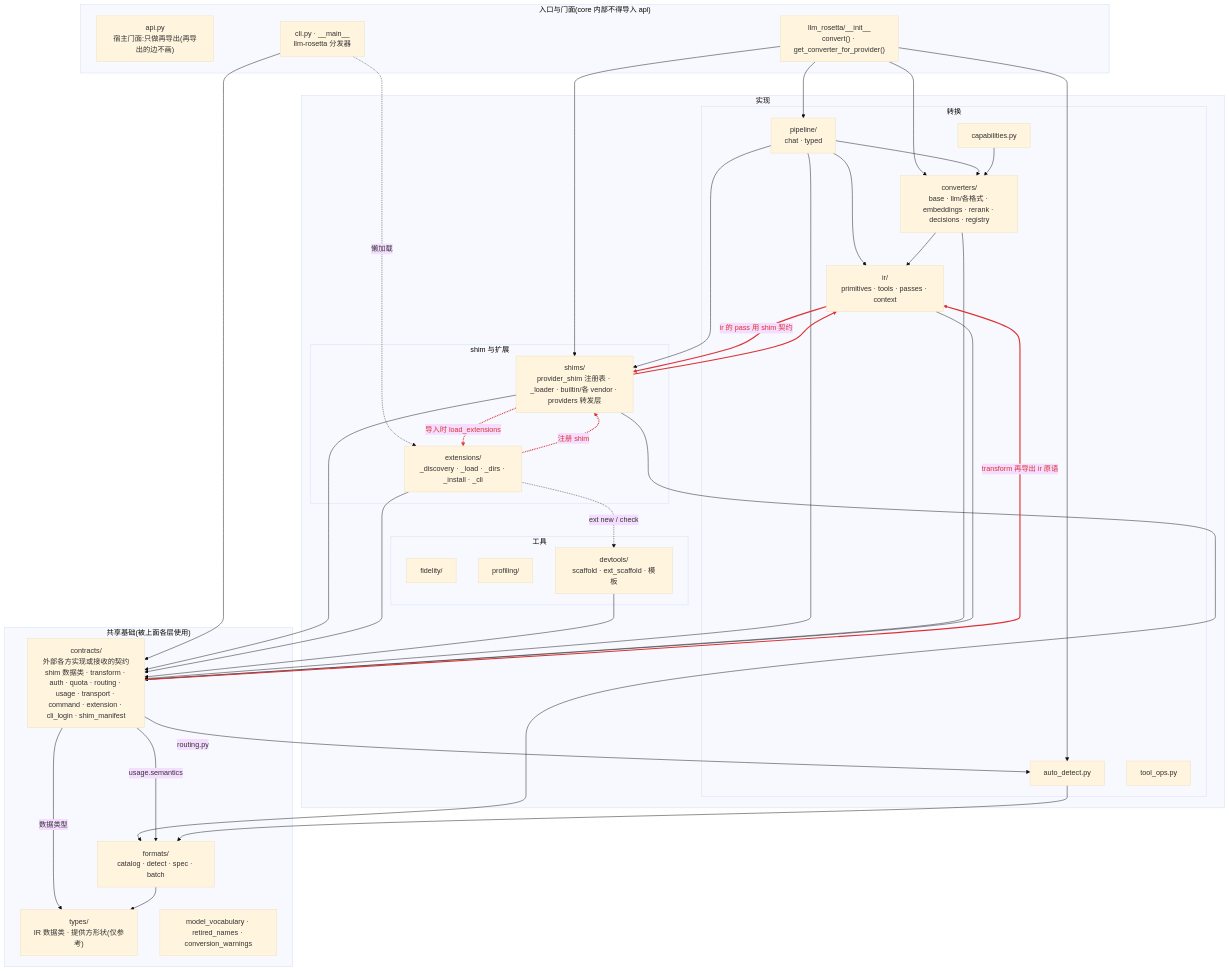
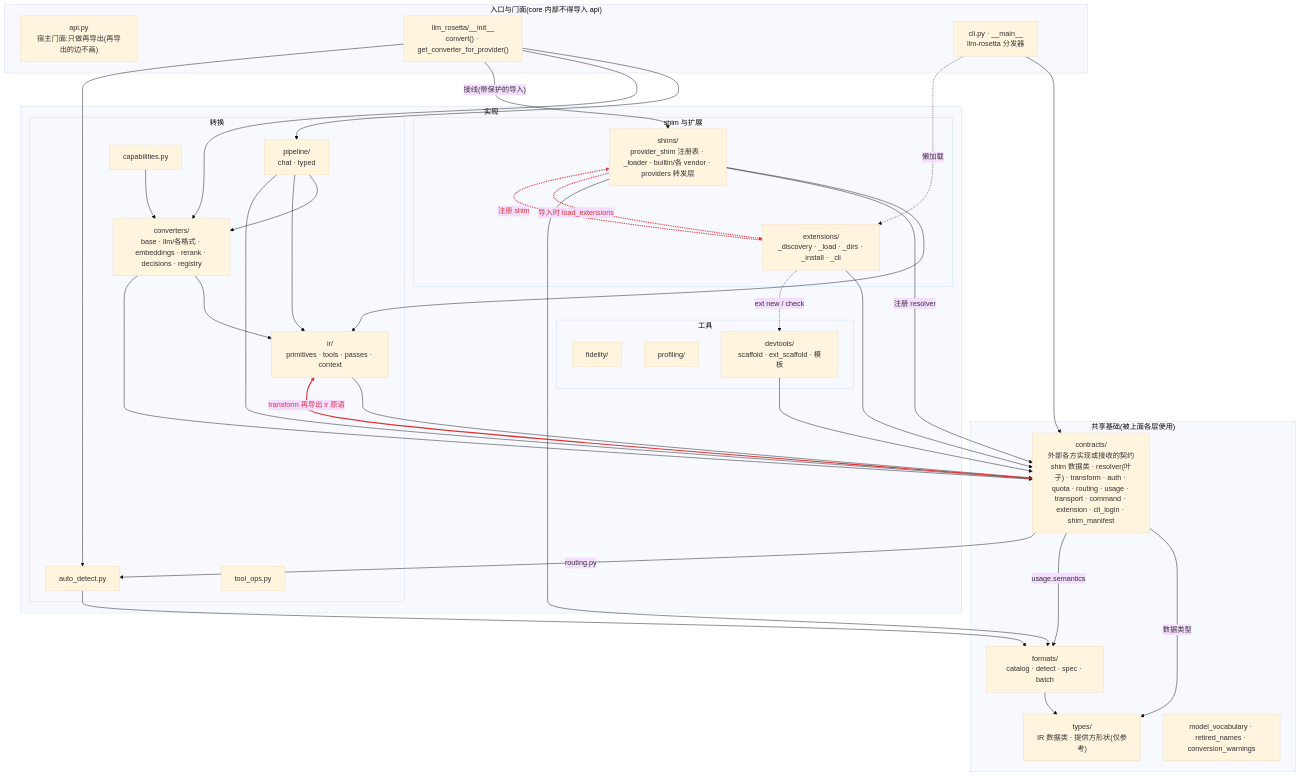
One commit to Oaklight/llm-rosetta changed the diagram in core.mmd. Above: the diagram before and after it, drawn with Mermaid (base theme). The commit also changed 4 other files, not shown here.

First line of the commit message:
docs: core diagrams after #1708

```diff
--- a/core.mmd
+++ b/core.mmd
@@ -1,68 +1,64 @@
 flowchart TB
   subgraph FACADE["入口与门面(core 内部不得导入 api)"]
     API["api.py<br/>宿主门面:只做再导出(再导出的边不画)"]
     INIT["llm_rosetta/__init__<br/>convert() · get_converter_for_provider()"]
     CLI["cli.py · __main__<br/>llm-rosetta 分发器"]
   end
   subgraph IMPL["实现"]
     subgraph CONV["转换"]
       PIPE["pipeline/<br/>chat · typed"]
       CVT["converters/<br/>base · llm/各格式 · embeddings · rerank · decisions · registry"]
       IR["ir/<br/>primitives · tools · passes · context"]
       DET["auto_detect.py"]
       CAP["capabilities.py"]
       TOOL["tool_ops.py"]
     end
     subgraph SHIMEXT["shim 与扩展"]
       SHIM["shims/<br/>provider_shim 注册表 · _loader · builtin/各 vendor · providers 转发层"]
       EXTS["extensions/<br/>_discovery · _load · _dirs · _install · _cli"]
     end
     subgraph TOOLS["工具"]
       FID["fidelity/"]
       PROF["profiling/"]
       DEV["devtools/<br/>scaffold · ext_scaffold · 模板"]
     end
   end
   subgraph FOUND["共享基础(被上面各层使用)"]
-    CON["contracts/<br/>外部各方实现或接收的契约<br/>shim 数据类 · transform · auth · quota · routing · usage · transport · command · extension · cli_login · shim_manifest"]
+    CON["contracts/<br/>外部各方实现或接收的契约<br/>shim 数据类 · resolver(叶子) · transform · auth · quota · routing · usage · transport · command · extension · cli_login · shim_manifest"]
     FMT["formats/<br/>catalog · detect · spec · batch"]
     TYP["types/<br/>IR 数据类 · 提供方形状(仅参考)"]
     VOCAB["model_vocabulary · retired_names · conversion_warnings"]
   end
 
 
   INIT --> PIPE
   INIT --> CVT
-  INIT --> SHIM
+  INIT -->|"接线(带保护的导入)"| SHIM
   INIT --> DET
   CLI --> CON
   CLI -.->|"懒加载"| EXTS
   PIPE --> CVT
   PIPE --> IR
-  PIPE --> SHIM
   PIPE --> CON
   CVT --> IR
   CVT --> CON
   IR --> CON
-  IR -->|"ir 的 pass 用 shim 契约"| SHIM
   SHIM --> IR
-  SHIM --> CON
+  SHIM -->|"注册 resolver"| CON
   SHIM --> FMT
   SHIM -.->|"导入时 load_extensions"| EXTS
   EXTS -.->|"注册 shim"| SHIM
   EXTS --> CON
   EXTS -.->|"ext new / check"| DEV
   CON -->|"数据类型"| TYP
   CON -->|"usage.semantics"| FMT
   CON -->|"routing.py"| DET
   CON -->|"transform 再导出 ir 原语"| IR
   DET --> FMT
   FMT --> TYP
   CAP --> CVT
   DEV --> CON
 
-  linkStyle 13 stroke:#d33,stroke-width:2.5px,color:#d33
-  linkStyle 14 stroke:#d33,stroke-width:2.5px,color:#d33
-  linkStyle 17 stroke:#d33,stroke-width:2.5px,color:#d33
-  linkStyle 18 stroke:#d33,stroke-width:2.5px,color:#d33
-  linkStyle 24 stroke:#d33,stroke-width:2.5px,color:#d33
+  linkStyle 15 stroke:#d33,stroke-width:2.5px,color:#d33
+  linkStyle 16 stroke:#d33,stroke-width:2.5px,color:#d33
+  linkStyle 22 stroke:#d33,stroke-width:2.5px,color:#d33
```
